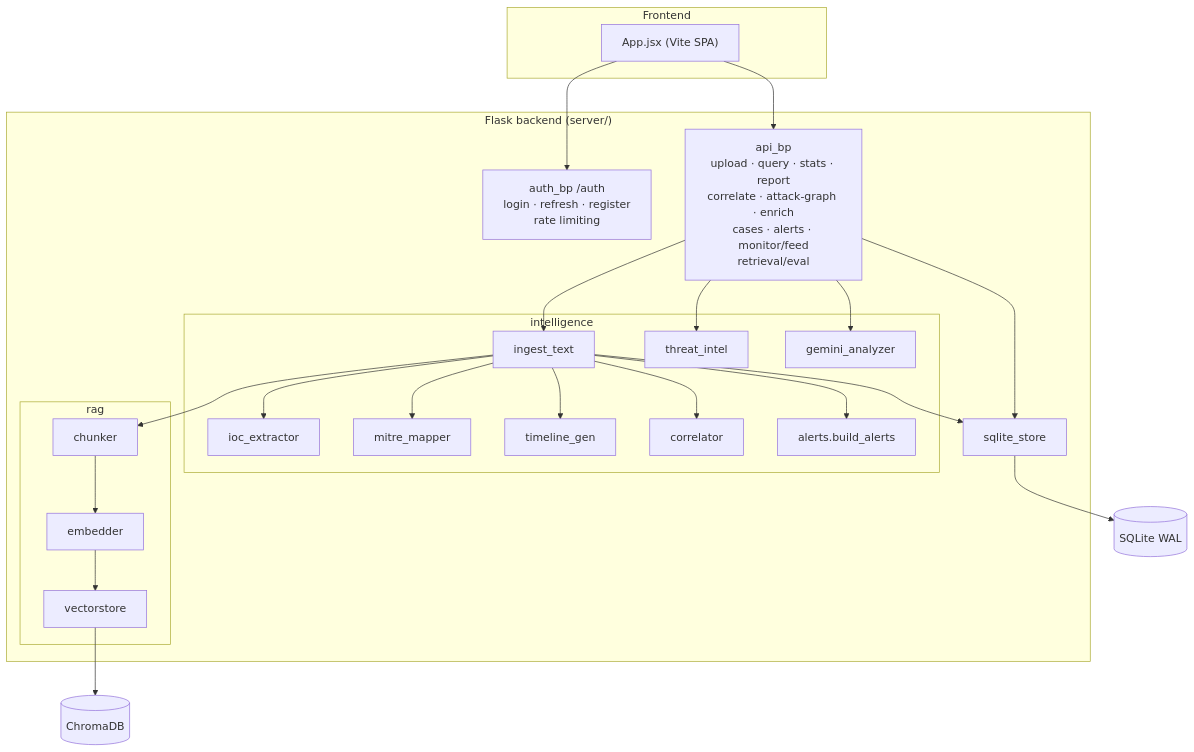
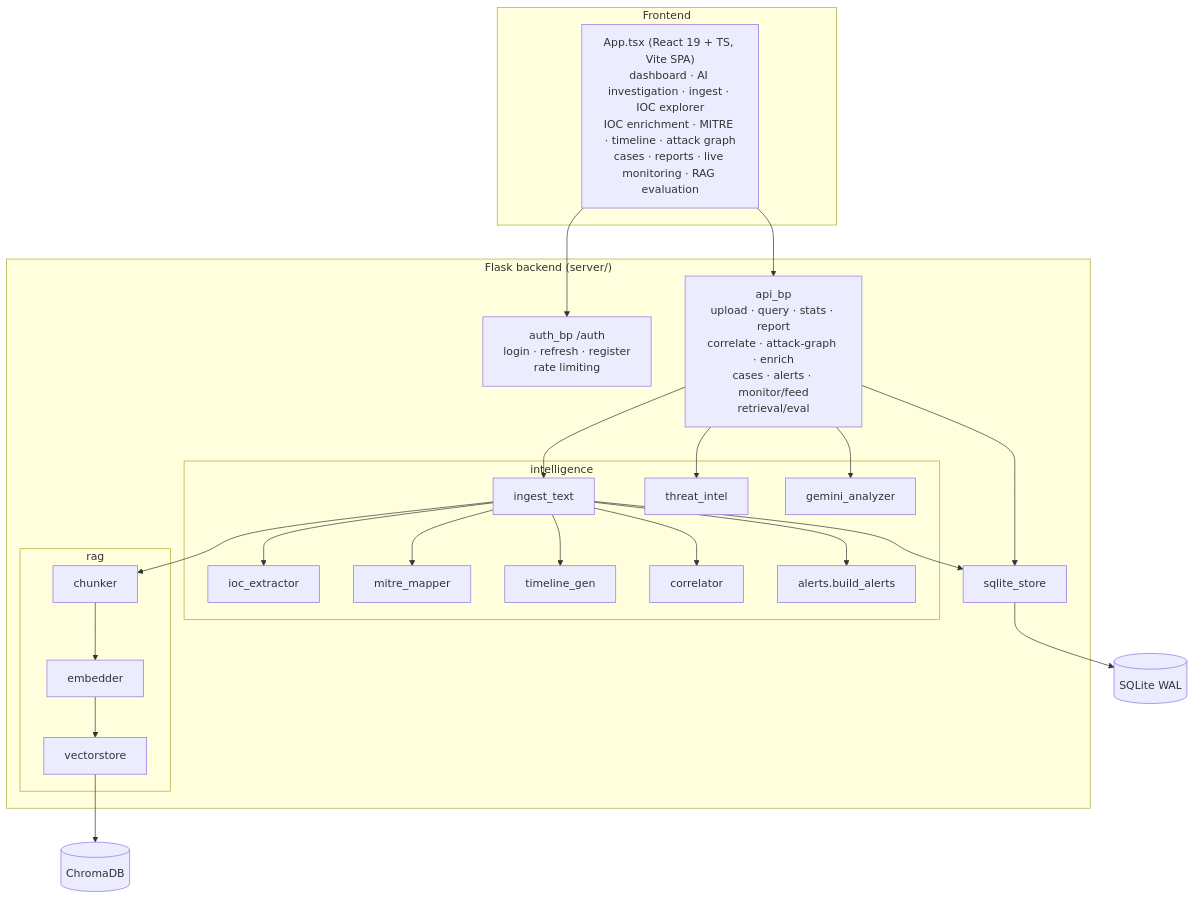
The third of 9 diagrams in docs/ARCHITECTURE_DIAGRAMS.md (Hemanth19i/SecureRAG), drawn with Mermaid before and after one commit. The commit also changed other lines of this file and 13 other files, not shown here.

````diff
--- a/docs/ARCHITECTURE_DIAGRAMS.md
+++ b/docs/ARCHITECTURE_DIAGRAMS.md
@@ -24,34 +40,34 @@
 ```mermaid
 flowchart TB
   subgraph Frontend
-    APP["App.jsx (Vite SPA)"]
+    APP["App.tsx (React 19 + TS, Vite SPA)\ndashboard · AI investigation · ingest · IOC explorer\nIOC enrichment · MITRE · timeline · attack graph\ncases · reports · live monitoring · RAG evaluation"]
   end
   subgraph Backend["Flask backend (server/)"]
     AUTH["auth_bp /auth\nlogin · refresh · register\nrate limiting"]
     API["api_bp\nupload · query · stats · report\ncorrelate · attack-graph · enrich\ncases · alerts · monitor/feed\nretrieval/eval"]
     subgraph intelligence
       ING[ingest_text]
       IOC[ioc_extractor]
       MIT[mitre_mapper]
       TL[timeline_gen]
       COR[correlator]
       AL[alerts.build_alerts]
       TI[threat_intel]
       GA[gemini_analyzer]
     end
     subgraph rag
       CH[chunker]
       EMB[embedder]
       VS[vectorstore]
     end
     STORE[sqlite_store]
   end
   APP --> AUTH & API
   API --> ING & GA & TI
   ING --> CH --> EMB --> VS
   ING --> IOC & MIT & TL & COR & AL
   API --> STORE
   ING --> STORE
   VS --> CHRO[(ChromaDB)]
   STORE --> SQLITE[(SQLite WAL)]
 ```
````
